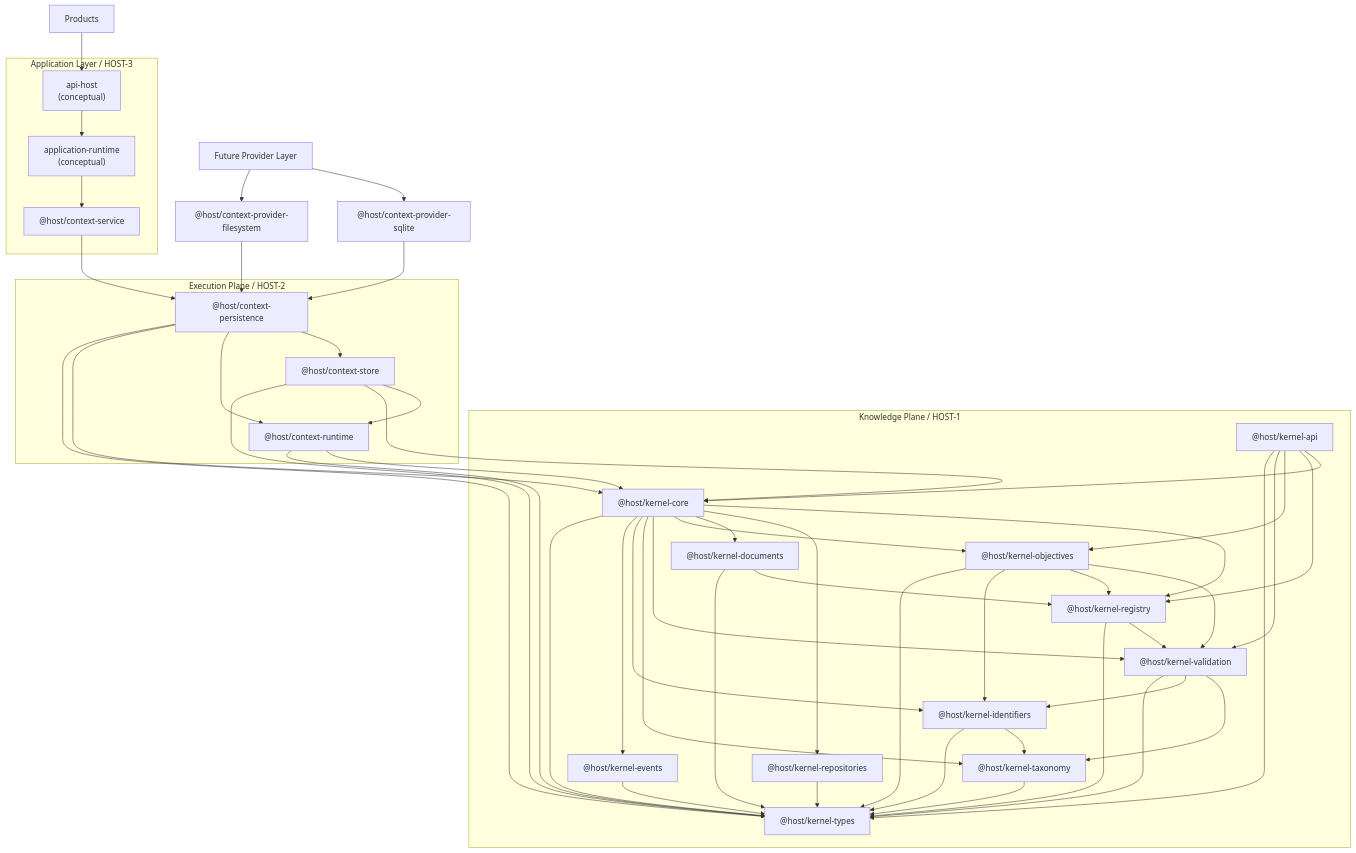
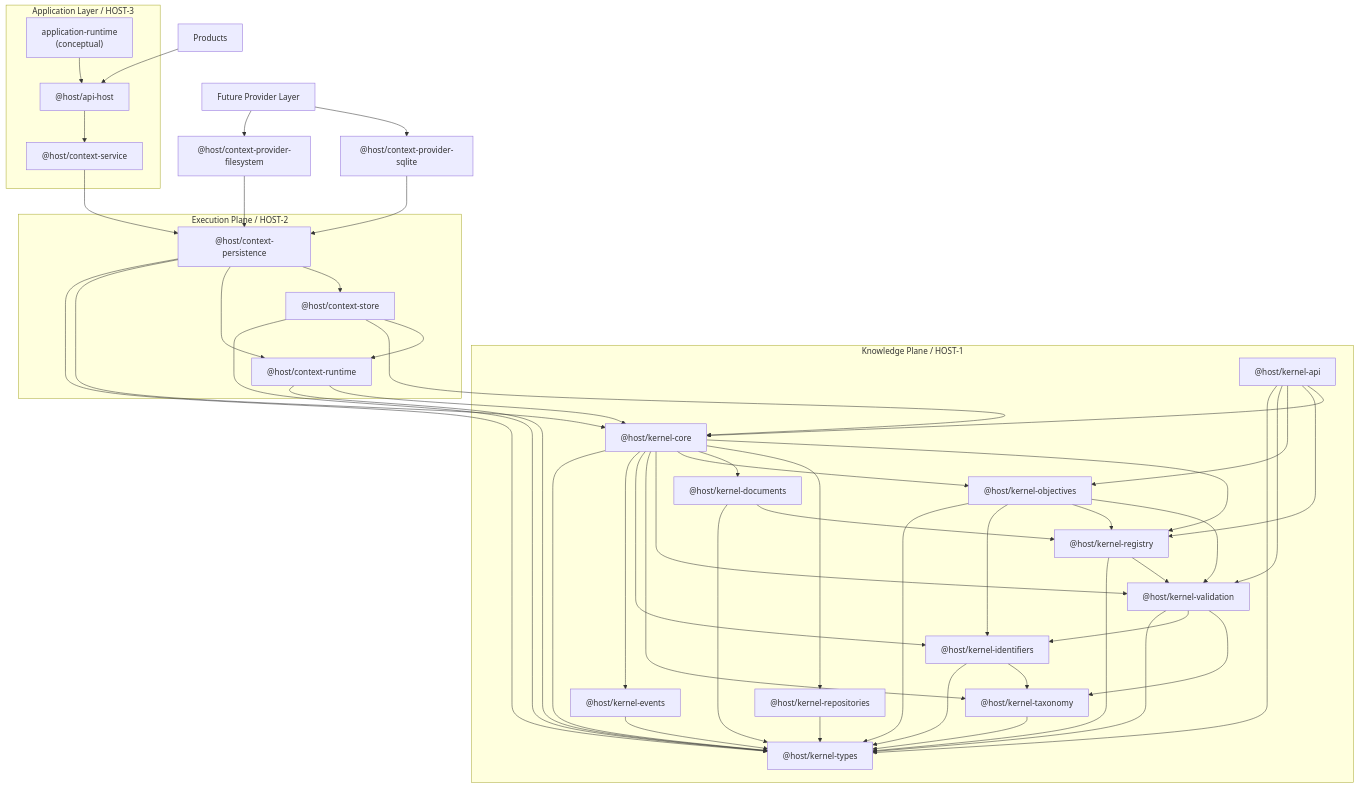
The diagram in docs/architecture/package-dependency-graph.md (captjreacher/HOST-kernel), drawn with Mermaid before and after one commit. The commit also changed other lines of this file and 16 other files, not shown here.

Commit message:
feat: implement HOST-3.2 context api host boundary

````diff
--- a/docs/architecture/package-dependency-graph.md
+++ b/docs/architecture/package-dependency-graph.md
@@ -3,80 +3,80 @@
 ```mermaid
 graph TD
   subgraph Knowledge["Knowledge Plane / HOST-1"]
   KTypes["@host/kernel-types"]
   KEvents["@host/kernel-events"]
   KIdentifiers["@host/kernel-identifiers"]
   KTaxonomy["@host/kernel-taxonomy"]
   KValidation["@host/kernel-validation"]
   KObjectives["@host/kernel-objectives"]
   KDocuments["@host/kernel-documents"]
   KRepositories["@host/kernel-repositories"]
   KRegistry["@host/kernel-registry"]
   KCore["@host/kernel-core"]
   KApi["@host/kernel-api"]
   end
 
   subgraph Execution["Execution Plane / HOST-2"]
   CtxRuntime["@host/context-runtime"]
   CtxStore["@host/context-store"]
   CtxPersistence["@host/context-persistence"]
   end
 
   ProviderLayer["Future Provider Layer"]
   CtxFsProvider["@host/context-provider-filesystem"]
   CtxSqliteProvider["@host/context-provider-sqlite"]
   subgraph Application["Application Layer / HOST-3"]
   ContextService["@host/context-service"]
+  ApiHost["@host/api-host"]
   AppRuntime["application-runtime\n(conceptual)"]
-  ApiHost["api-host\n(conceptual)"]
   end
   Products["Products"]
 
   KEvents --> KTypes
   KIdentifiers --> KTypes
   KIdentifiers --> KTaxonomy
   KTaxonomy --> KTypes
   KValidation --> KTypes
   KValidation --> KIdentifiers
   KValidation --> KTaxonomy
   KObjectives --> KTypes
   KObjectives --> KIdentifiers
   KObjectives --> KRegistry
   KObjectives --> KValidation
   KDocuments --> KTypes
   KDocuments --> KRegistry
   KRepositories --> KTypes
   KRegistry --> KTypes
   KRegistry --> KValidation
   KCore --> KTypes
   KCore --> KEvents
   KCore --> KIdentifiers
   KCore --> KTaxonomy
   KCore --> KValidation
   KCore --> KObjectives
   KCore --> KDocuments
   KCore --> KRepositories
   KCore --> KRegistry
   KApi --> KTypes
   KApi --> KValidation
   KApi --> KObjectives
   KApi --> KRegistry
   KApi --> KCore
   CtxRuntime --> KTypes
   CtxRuntime --> KCore
   CtxStore --> KTypes
   CtxStore --> KCore
   CtxStore --> CtxRuntime
   CtxPersistence --> KTypes
   CtxPersistence --> KCore
   CtxPersistence --> CtxRuntime
   CtxPersistence --> CtxStore
   CtxFsProvider --> CtxPersistence
   CtxSqliteProvider --> CtxPersistence
   ProviderLayer --> CtxFsProvider
   ProviderLayer --> CtxSqliteProvider
   ContextService --> CtxPersistence
-  AppRuntime --> ContextService
-  ApiHost --> AppRuntime
+  ApiHost --> ContextService
+  AppRuntime --> ApiHost
   Products --> ApiHost
 ```
````
